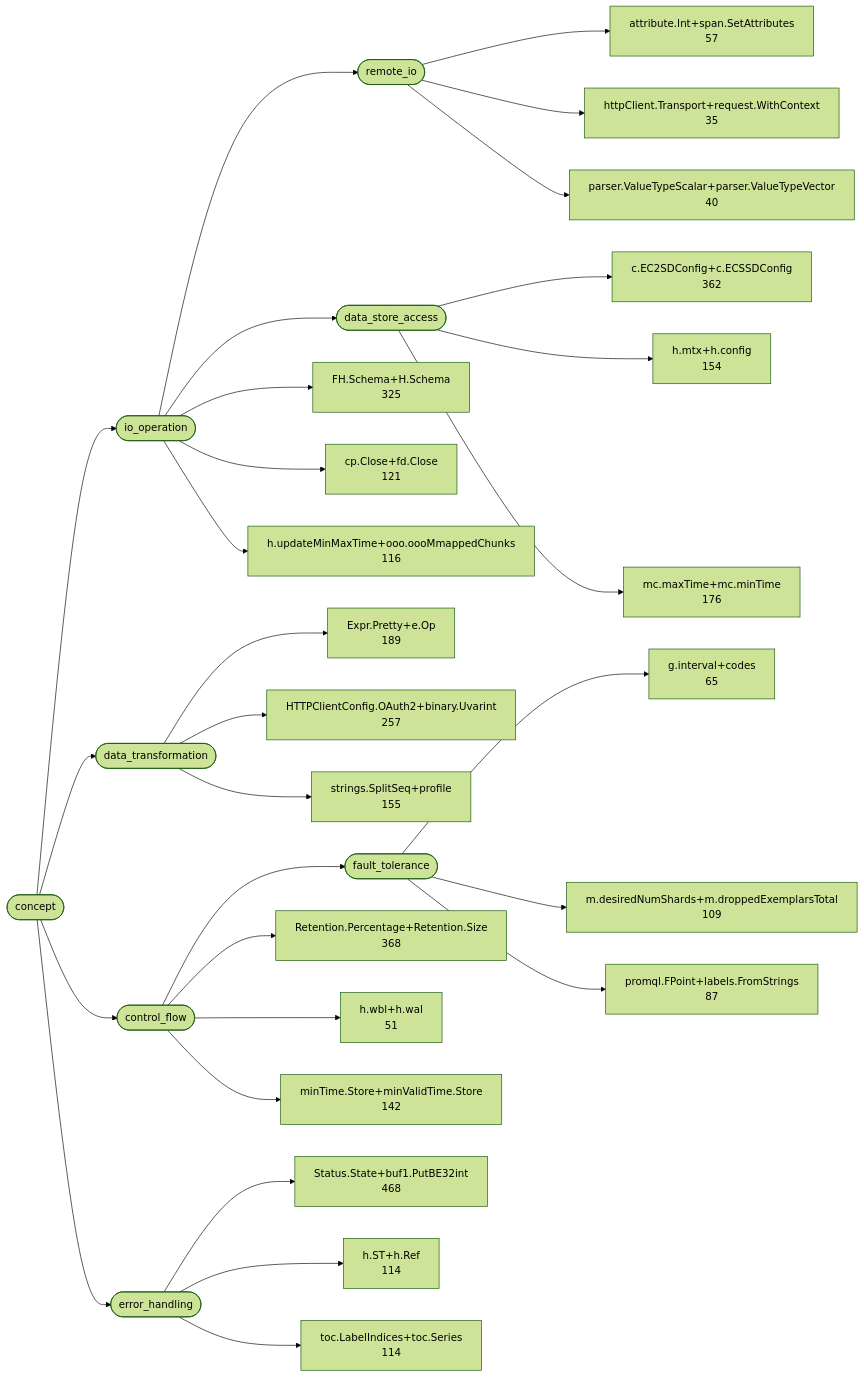
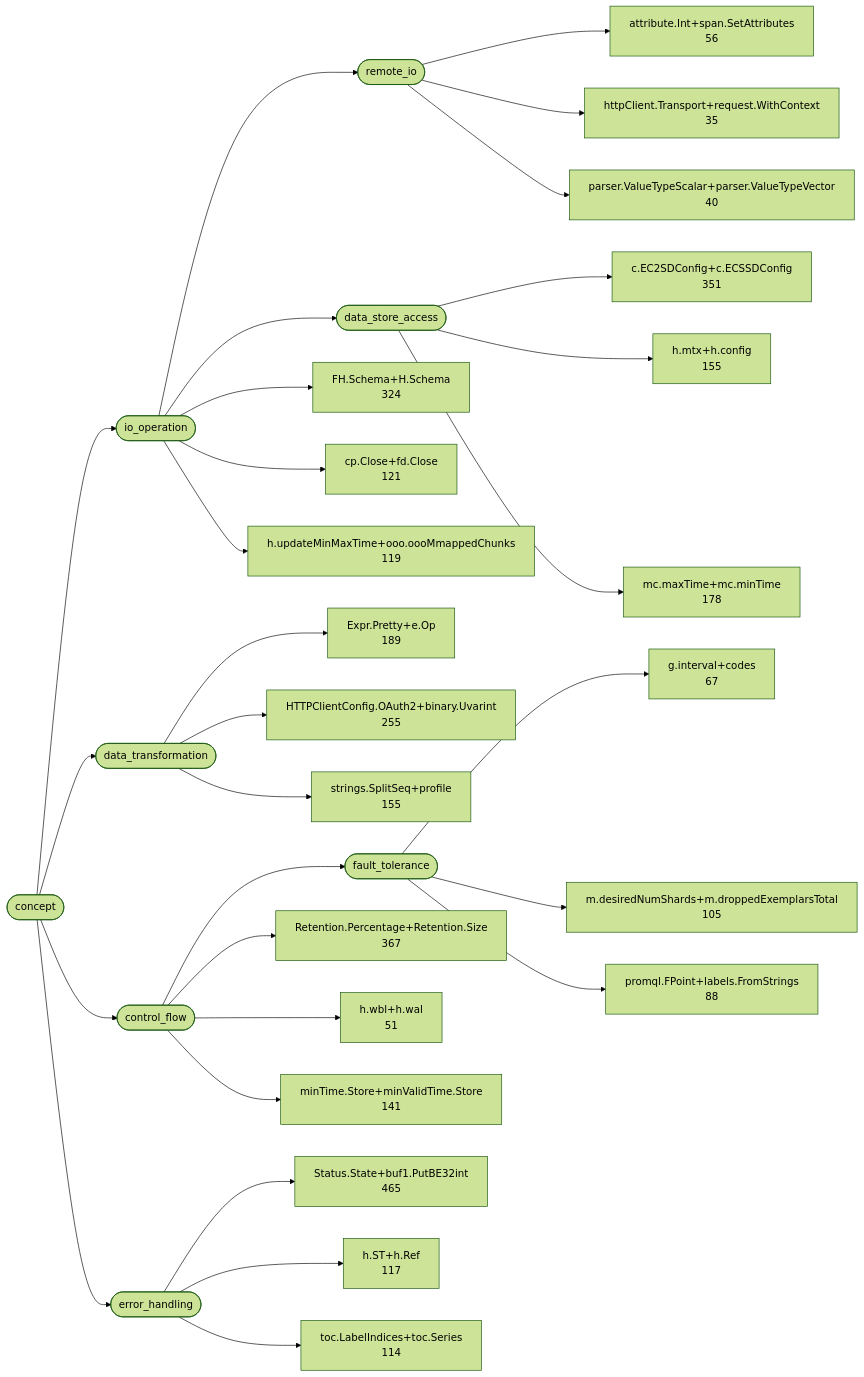
The second of 4 diagrams in examples/prometheus.md (LukasSelin/doppel), drawn with Mermaid (forest theme) before and after one commit. The commit also changed other lines of this file and 7 other files, not shown here.

````diff
--- a/examples/prometheus.md
+++ b/examples/prometheus.md
@@ -113,60 +113,60 @@
 ```mermaid
 flowchart LR
     c0(["concept"])
     c1(["io_operation"])
     c2(["remote_io"])
     c3(["data_store_access"])
     c4(["data_transformation"])
     c5(["control_flow"])
     c6(["fault_tolerance"])
     c7(["error_handling"])
     c8["Expr.Pretty+e.Op<br/>189"]
-    c9["FH.Schema+H.Schema<br/>325"]
-    c10["HTTPClientConfig.OAuth2+binary.Uvarint<br/>257"]
-    c11["Retention.Percentage+Retention.Size<br/>368"]
-    c12["Status.State+buf1.PutBE32int<br/>468"]
-    c13["attribute.Int+span.SetAttributes<br/>57"]
-    c14["c.EC2SDConfig+c.ECSSDConfig<br/>362"]
+    c9["FH.Schema+H.Schema<br/>324"]
+    c10["HTTPClientConfig.OAuth2+binary.Uvarint<br/>255"]
+    c11["Retention.Percentage+Retention.Size<br/>367"]
+    c12["Status.State+buf1.PutBE32int<br/>465"]
+    c13["attribute.Int+span.SetAttributes<br/>56"]
+    c14["c.EC2SDConfig+c.ECSSDConfig<br/>351"]
     c15["cp.Close+fd.Close<br/>121"]
-    c16["g.interval+codes<br/>65"]
-    c17["h.ST+h.Ref<br/>114"]
-    c18["h.mtx+h.config<br/>154"]
-    c19["h.updateMinMaxTime+ooo.oooMmappedChunks<br/>116"]
+    c16["g.interval+codes<br/>67"]
+    c17["h.ST+h.Ref<br/>117"]
+    c18["h.mtx+h.config<br/>155"]
+    c19["h.updateMinMaxTime+ooo.oooMmappedChunks<br/>119"]
     c20["h.wbl+h.wal<br/>51"]
     c21["httpClient.Transport+request.WithContext<br/>35"]
-    c22["m.desiredNumShards+m.droppedExemplarsTotal<br/>109"]
-    c23["mc.maxTime+mc.minTime<br/>176"]
-    c24["minTime.Store+minValidTime.Store<br/>142"]
+    c22["m.desiredNumShards+m.droppedExemplarsTotal<br/>105"]
+    c23["mc.maxTime+mc.minTime<br/>178"]
+    c24["minTime.Store+minValidTime.Store<br/>141"]
     c25["parser.ValueTypeScalar+parser.ValueTypeVector<br/>40"]
-    c26["promql.FPoint+labels.FromStrings<br/>87"]
+    c26["promql.FPoint+labels.FromStrings<br/>88"]
     c27["strings.SplitSeq+profile<br/>155"]
     c28["toc.LabelIndices+toc.Series<br/>114"]
     c0 --> c1
     c1 --> c2
     c1 --> c3
     c0 --> c4
     c0 --> c5
     c5 --> c6
     c0 --> c7
     c4 --> c8
     c1 --> c9
     c4 --> c10
     c5 --> c11
     c7 --> c12
     c2 --> c13
     c3 --> c14
     c1 --> c15
     c6 --> c16
     c7 --> c17
     c3 --> c18
     c1 --> c19
     c5 --> c20
     c2 --> c21
     c6 --> c22
     c3 --> c23
     c5 --> c24
     c2 --> c25
     c6 --> c26
     c4 --> c27
     c7 --> c28
 ```
````
